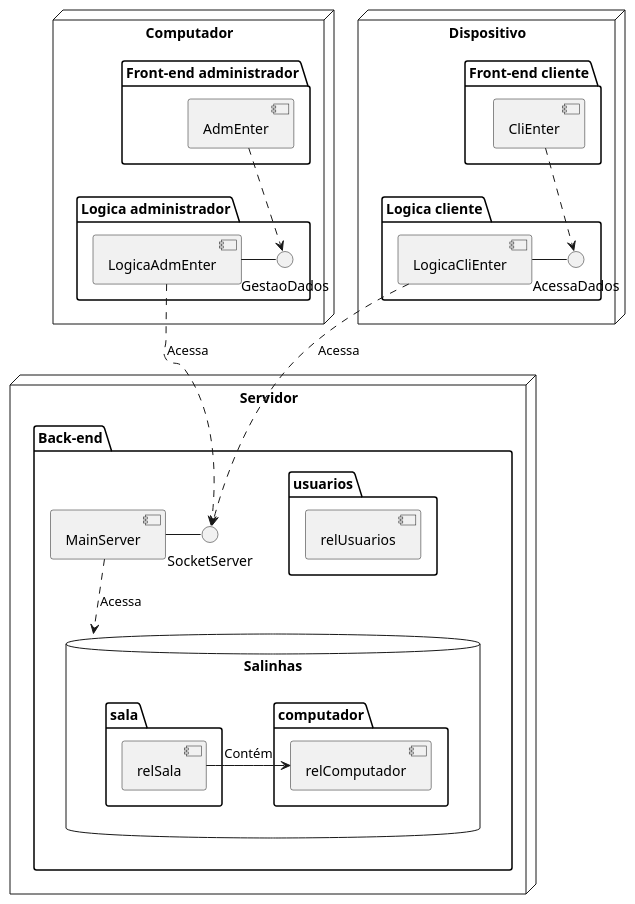
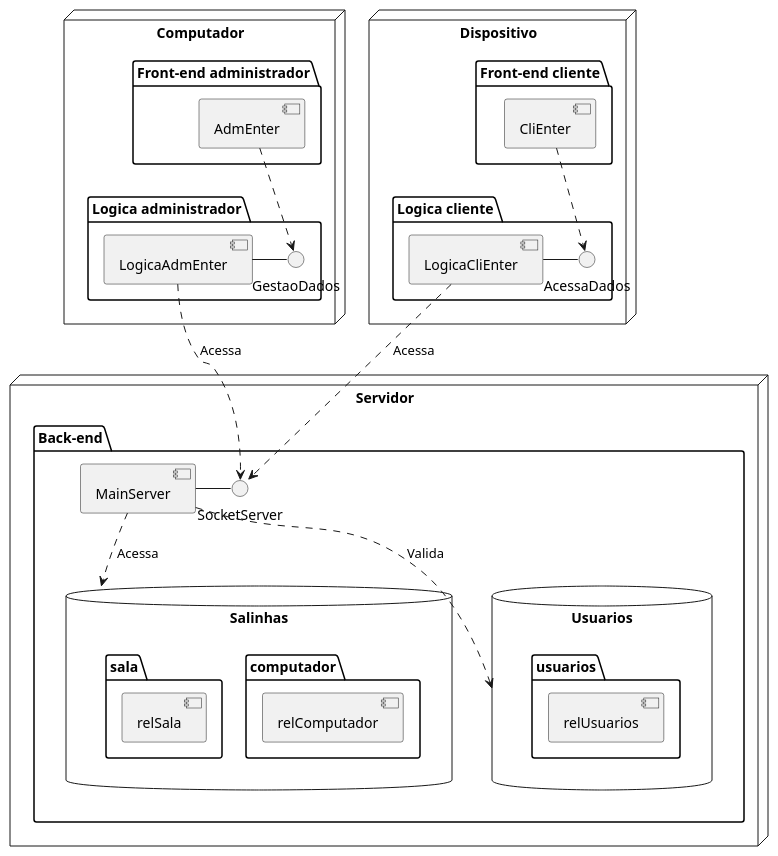
The diagram in docs/diagrama_contextual.org (sociedade-do-pastel/softeiros), drawn with PlantUML before and after one commit. The commit also changed 8 other files, not shown here.

Commit message:
Aprimorada primeira entrega, consertados diagrama relacional e de componentes

```diff
--- a/docs/diagrama_contextual.org
+++ b/docs/diagrama_contextual.org
@@ -3,47 +3,49 @@
 #+begin_src plantuml :file ../imgs/diagramo_cont.png :exports results 
   node "Dispositivo" {
 
 	  package "Front-end cliente" {
 		  [CliEnter] 
 	  }
 	  package "Logica cliente" {
 		  [LogicaCliEnter] - AcessaDados
 		  [CliEnter] ..> AcessaDados 
 	  }
   }
   node "Computador" {
 	  package "Front-end administrador" {
 		  [AdmEnter]  
 	  }
 
 	  package "Logica administrador" {
 		  [LogicaAdmEnter] - GestaoDados
 		  [AdmEnter] ..> GestaoDados 
 	  }
   }
 
   node "Servidor" {
 	  package "Back-end" {
 		  [MainServer] - SocketServer
 		  [LogicaCliEnter] ..> SocketServer : Acessa
 		  [LogicaAdmEnter] ..> SocketServer : Acessa
 
 	  database "Salinhas" as Sal {
 
 		  folder "computador" {
 			  [relComputador]
 			  }
 		  folder "sala" {
 			  [relSala]
 			  }
 		  }
+
+	database "Usuarios" as us {
 		folder "usuarios" {
 			[relUsuarios]
-		      }
-	  }
+		}
+						  }
+	}
 
   }
-
+  [MainServer] ..> us : Valida
   [MainServer] ..> Sal  :  Acessa
-  [relSala] -> [relComputador] : Contém
 #+end_src
```
